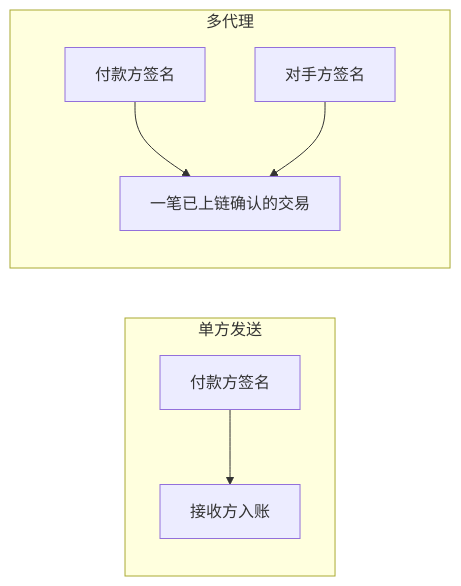
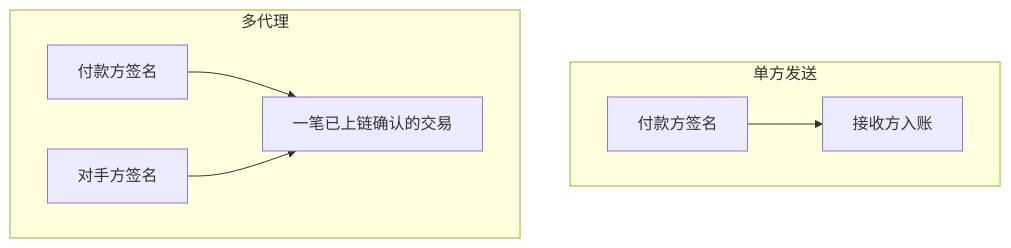
One commit to aptos-labs/aptos-docs changed the second of 2 diagrams in src/content/docs/zh/build/guides/payments.mdx. Above: the diagram before and after it, drawn with Mermaid. The commit also changed 1 other file, not shown here.

Commit message:
docs: stack the two-party mermaid and clarify fee-payer signing
Use a top-to-bottom diagram so one-sided send and multi-agent both fit
the content column, and spell out that the sender and sponsor call
.sign / .signAsFeePayer.

````diff
--- a/src/content/docs/zh/build/guides/payments.mdx
+++ b/src/content/docs/zh/build/guides/payments.mdx
@@ -223,10 +223,10 @@
 ```mermaid
-flowchart LR
+flowchart TB
   subgraph onesided [单方发送]
     A[付款方签名] --> T1[接收方入账]
   end
   subgraph twoparty [多代理]
     B[付款方签名] --> T2[一笔已上链确认的交易]
     C[对手方签名] --> T2
   end
 ```
````
